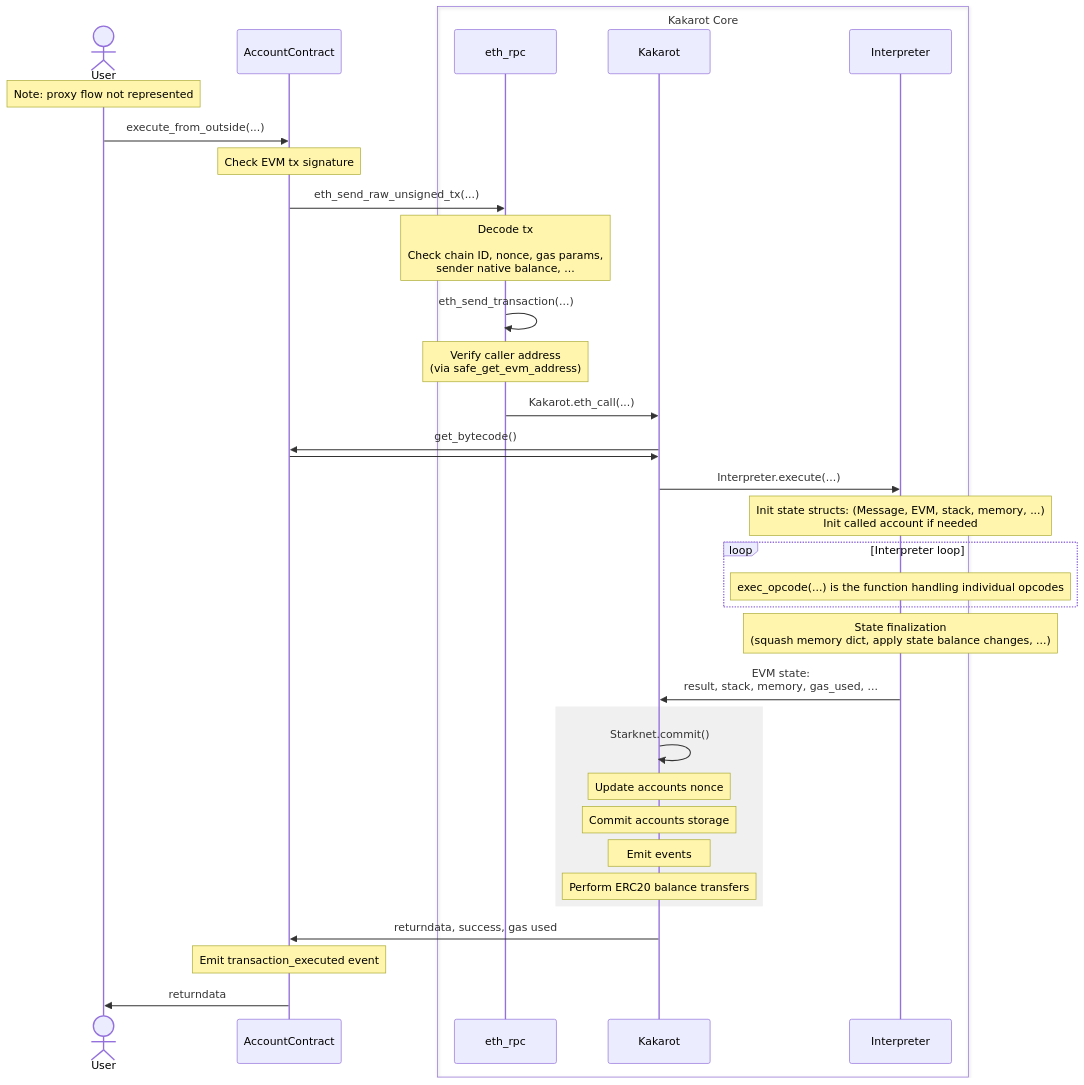
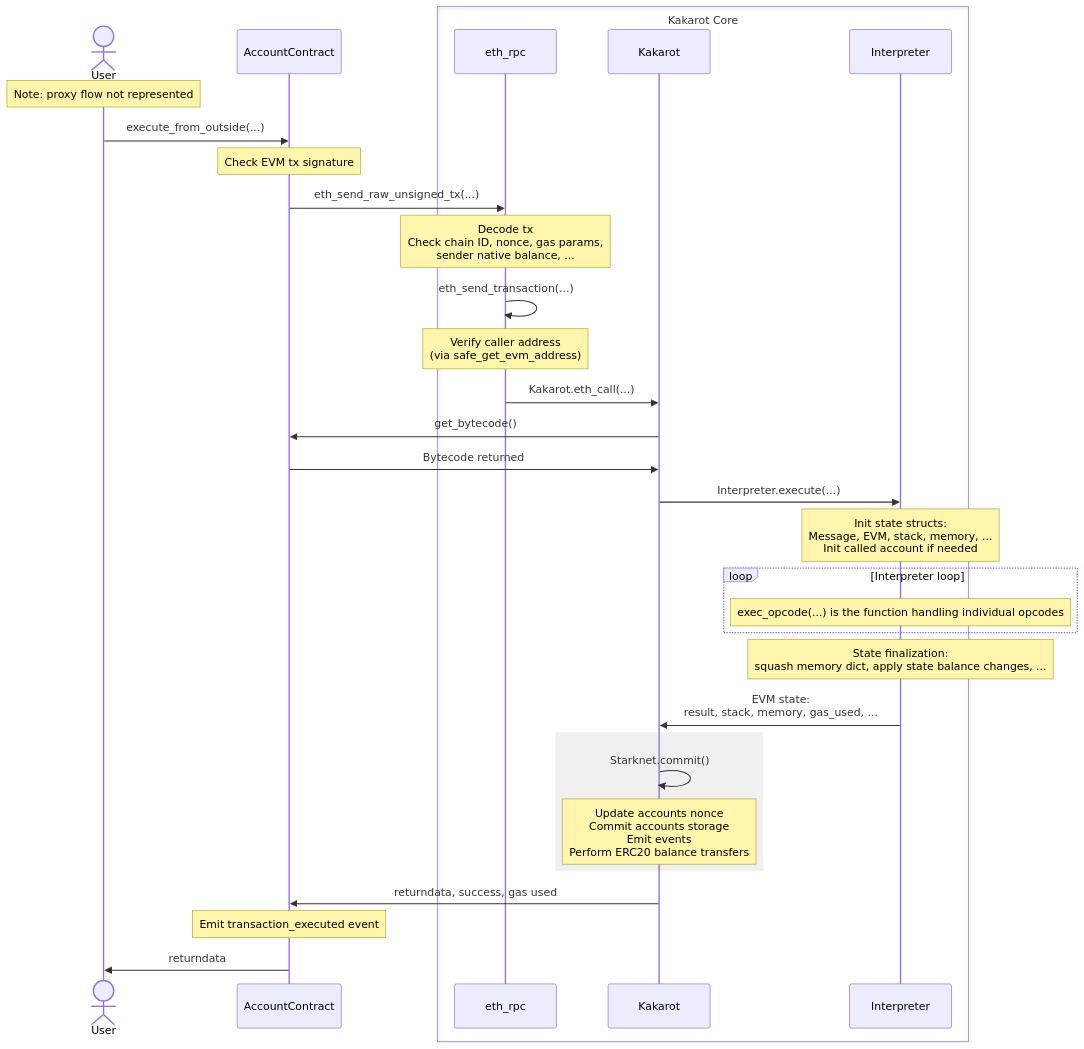
Before and after one commit to kkrt-labs/kakarot: the second of 2 diagrams in README.md, drawn with Mermaid.

First paragraph of the commit message:
fix: fix mermaid diagram in readme (#1615)
## Pull request type

````diff
--- a/README.md
+++ b/README.md
@@ -445,53 +445,49 @@
 ```mermaid
 sequenceDiagram
     actor U as User
 
     participant A as AccountContract
 
     box Kakarot Core
         participant RPC as eth_rpc
         participant K as Kakarot
         participant I as Interpreter
     end
 
     note over U: Note: proxy flow not represented
 
     U ->> A: execute_from_outside(...)
     note over A: Check EVM tx signature
 
     A ->> RPC: eth_send_raw_unsigned_tx(...)
-    note over RPC: Decode tx<br><br>Check chain ID, nonce, gas params,<br>sender native balance, ...
+    note over RPC: Decode tx<br>Check chain ID, nonce, gas params,<br>sender native balance, ...
 
     RPC ->> RPC: eth_send_transaction(...)
     note over RPC: Verify caller address<br>(via safe_get_evm_address)
 
     RPC ->> K: Kakarot.eth_call(...)
 
     K ->> A: get_bytecode()
-    A ->> K:
+    A ->> K: Bytecode returned
 
     K ->> I: Interpreter.execute(...)
 
-    note over I: Init state structs: (Message, EVM, stack, memory, ...)<br>Init called account if needed
+    note over I: Init state structs:<br>Message, EVM, stack, memory, ...<br>Init called account if needed
 
     loop Interpreter loop
-    Note over I: exec_opcode(...) is the function handling individual opcodes
+        note over I: exec_opcode(...) is the function handling individual opcodes
     end
 
-
-    note over I: State finalization<br>(squash memory dict, apply state balance changes, ...)
+    note over I: State finalization:<br>squash memory dict, apply state balance changes, ...
 
     I ->> K: EVM state:<br>result, stack, memory, gas_used, ...
 
     rect rgb(240,240,240)
         K ->> K: Starknet.commit()
-        note over K: Update accounts nonce
-        note over K: Commit accounts storage
-        note over K: Emit events
-        note over K: Perform ERC20 balance transfers
+        note over K: Update accounts nonce<br>Commit accounts storage<br>Emit events<br>Perform ERC20 balance transfers
     end
 
     K ->> A: returndata, success, gas used
-        note over A: Emit transaction_executed event
+    note over A: Emit transaction_executed event
     A ->> U: returndata
 ```
````
